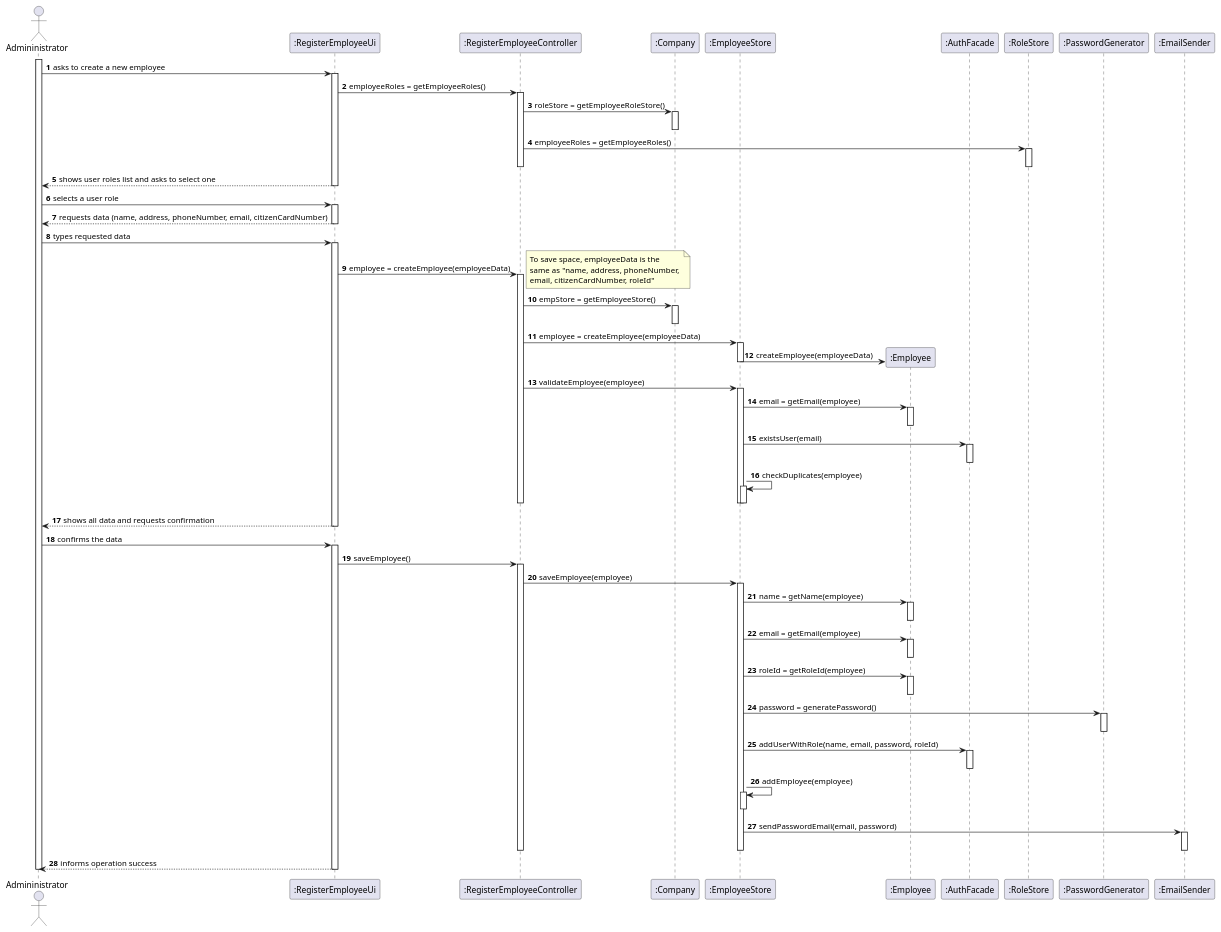
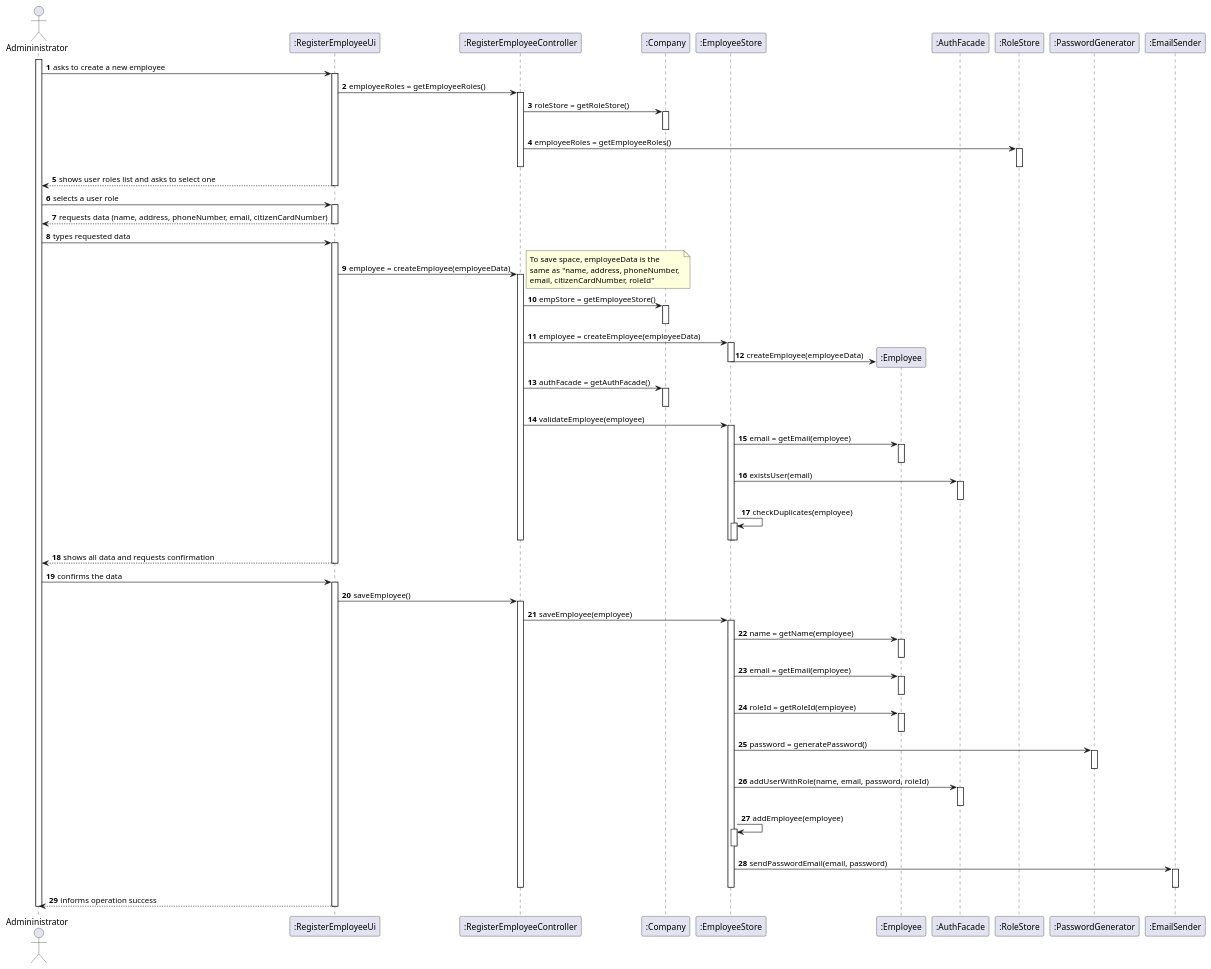
Before and after one commit to miseEnPlace-i/lapr2: the diagram in docs/SprintB/US10/SD/US10_SD.puml, drawn with PlantUML.

Commit message:
docs(us-10): updated sd - added roleStore

```diff
--- a/docs/SprintB/US10/SD/US10_SD.puml
+++ b/docs/SprintB/US10/SD/US10_SD.puml
@@ -1,107 +1,110 @@
 @startuml US10_SD
 autonumber
 ' hide footbox
 actor "Admininistrator" as admin
 
 participant ":RegisterEmployeeUi" as empUi
 participant ":RegisterEmployeeController" as empController
 participant ":Company" as comp
 participant ":EmployeeStore" as empStore
 participant ":Employee" as emp
 participant ":AuthFacade" as authFacade
 participant ":RoleStore" as roleStore
 participant ":PasswordGenerator" as passGen
 participant  ":EmailSender" as emailSend
 
 activate admin
 
 admin -> empUi : asks to create a new employee
 
 activate empUi
     empUi -> empController : employeeRoles = getEmployeeRoles()
     activate empController
-        empController -> comp : roleStore = getEmployeeRoleStore()
+        empController -> comp : roleStore = getRoleStore()
         activate comp
         deactivate comp
         empController -> roleStore : employeeRoles = getEmployeeRoles()
         activate roleStore
         deactivate roleStore
     deactivate empController
     empUi --> admin : shows user roles list and asks to select one
 deactivate empUi
 
 admin -> empUi : selects a user role
 
 activate empUi
     empUi --> admin : requests data (name, address, phoneNumber, email, citizenCardNumber)
 deactivate empUi
 
 admin -> empUi : types requested data
 
 activate empUi
     empUi -> empController : employee = createEmployee(employeeData)
     note right
         To save space, employeeData is the 
         same as "name, address, phoneNumber, 
         email, citizenCardNumber, roleId"
     end note
     activate empController
         empController -> comp : empStore = getEmployeeStore()
         activate comp
         deactivate comp
         empController -> empStore : employee = createEmployee(employeeData)
         activate empStore
             empStore -> emp** : createEmployee(employeeData)
         deactivate empStore
+        empController -> comp : authFacade = getAuthFacade()
+        activate comp
+        deactivate comp
         empController -> empStore : validateEmployee(employee)
         activate empStore
             empStore -> emp : email = getEmail(employee)
             activate emp
             deactivate emp
             empStore -> authFacade : existsUser(email)
             activate authFacade
             deactivate authFacade
             empStore -> empStore : checkDuplicates(employee)
             activate empStore
             deactivate empStore
         deactivate empStore
     deactivate empController
     empUi --> admin : shows all data and requests confirmation
 deactivate empUi
             
 admin -> empUi : confirms the data
 
 activate empUi
     empUi -> empController : saveEmployee()
     activate empController
         empController -> empStore : saveEmployee(employee)
         activate empStore
             empStore -> emp : name = getName(employee)
             activate emp
             deactivate emp
             empStore -> emp : email = getEmail(employee)
             activate emp
             deactivate emp
             empStore -> emp : roleId = getRoleId(employee)
             activate emp
             deactivate emp
             empStore -> passGen : password = generatePassword()
             activate passGen
             deactivate passGen
             empStore -> authFacade : addUserWithRole(name, email, password, roleId)
             activate authFacade
             deactivate authFacade
             empStore -> empStore : addEmployee(employee)
             activate empStore
             deactivate empStore
             empStore -> emailSend : sendPasswordEmail(email, password)
             activate emailSend
             deactivate emailSend
         deactivate empStore
     deactivate empController
     empUi --> admin : informs operation success
 deactivate empUi
 
 deactivate admin
 
 @enduml
```
